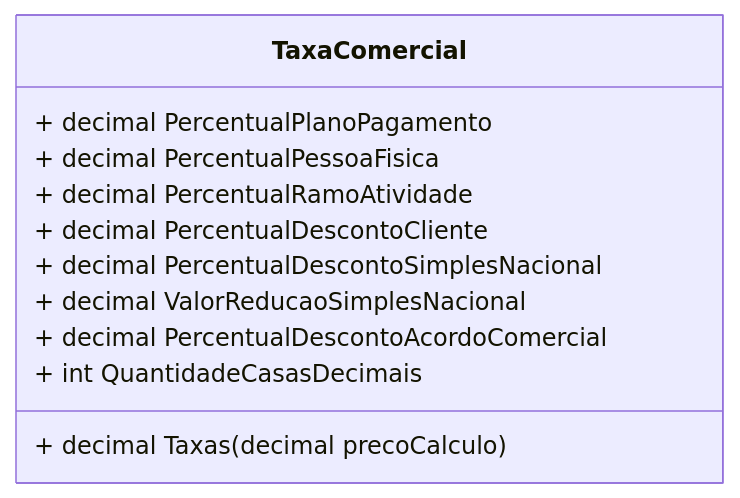
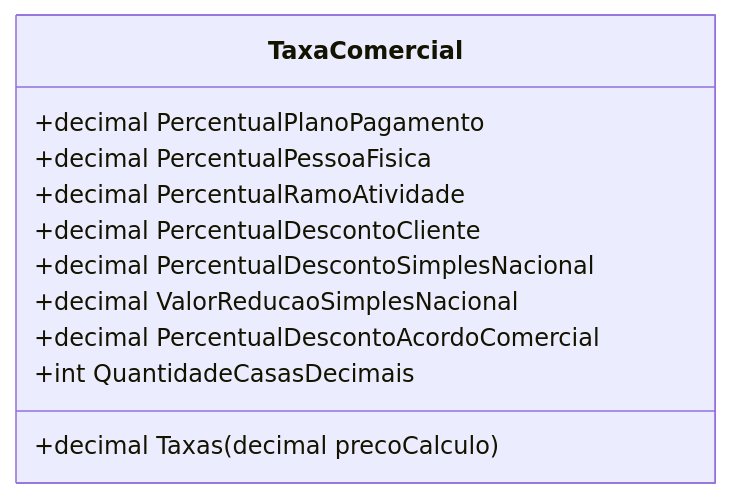
Before and after one commit to IsthmusSistemas/documentacao-tecnica: the second of 2 diagrams in docs/b2b-dominio/IsthmusWinthor.Nucleo/IsthmusWinthor.Dominio/POCO/Precos/TaxaComercial.md, drawn with Mermaid. The commit also changed other lines of this file and 882 other files, not shown here.

````diff
--- a/docs/b2b-dominio/IsthmusWinthor.Nucleo/IsthmusWinthor.Dominio/POCO/Precos/TaxaComercial.md
+++ b/docs/b2b-dominio/IsthmusWinthor.Nucleo/IsthmusWinthor.Dominio/POCO/Precos/TaxaComercial.md
@@ -47,14 +47,14 @@
 ```mermaid
 classDiagram
     class TaxaComercial {
-        + decimal PercentualPlanoPagamento
-        + decimal PercentualPessoaFisica
-        + decimal PercentualRamoAtividade
-        + decimal PercentualDescontoCliente
-        + decimal PercentualDescontoSimplesNacional
-        + decimal ValorReducaoSimplesNacional
-        + decimal PercentualDescontoAcordoComercial
-        + int QuantidadeCasasDecimais
-        + decimal Taxas(decimal precoCalculo)
+        +decimal PercentualPlanoPagamento
+        +decimal PercentualPessoaFisica
+        +decimal PercentualRamoAtividade
+        +decimal PercentualDescontoCliente
+        +decimal PercentualDescontoSimplesNacional
+        +decimal ValorReducaoSimplesNacional
+        +decimal PercentualDescontoAcordoComercial
+        +int QuantidadeCasasDecimais
+        +decimal Taxas(decimal precoCalculo)
     }
-``` 
+```
````
